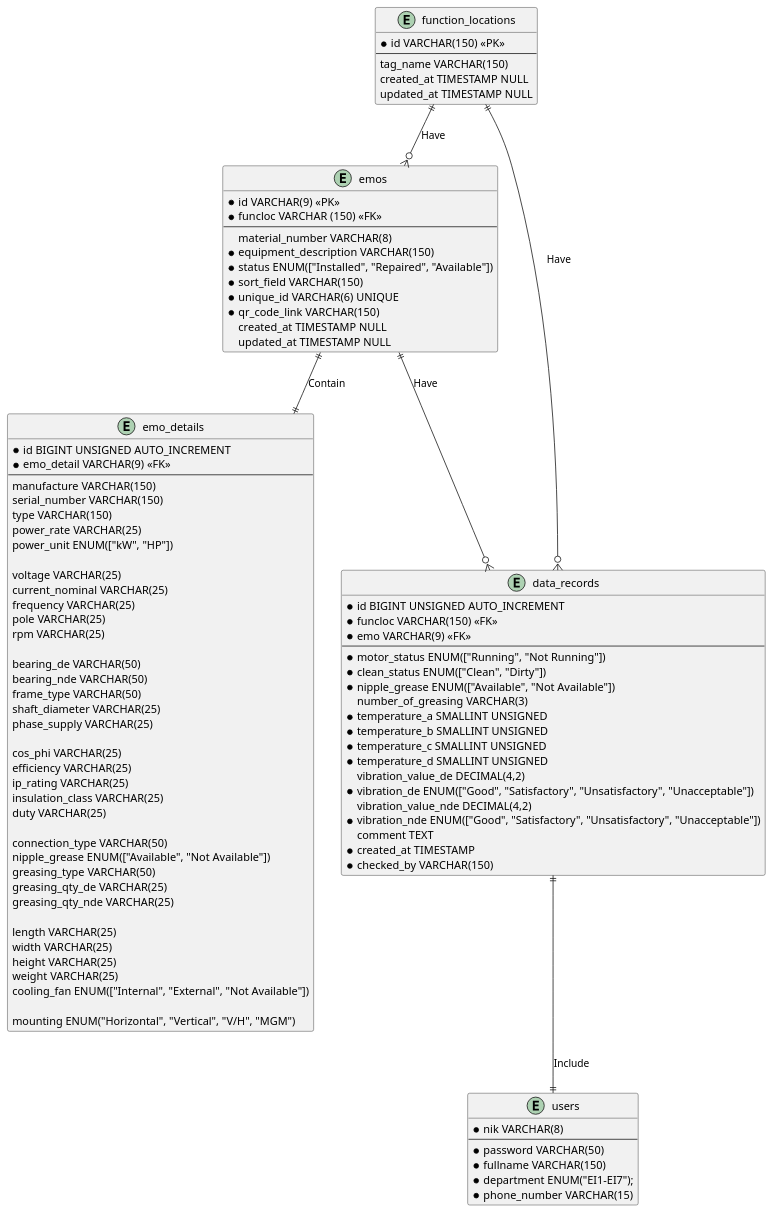
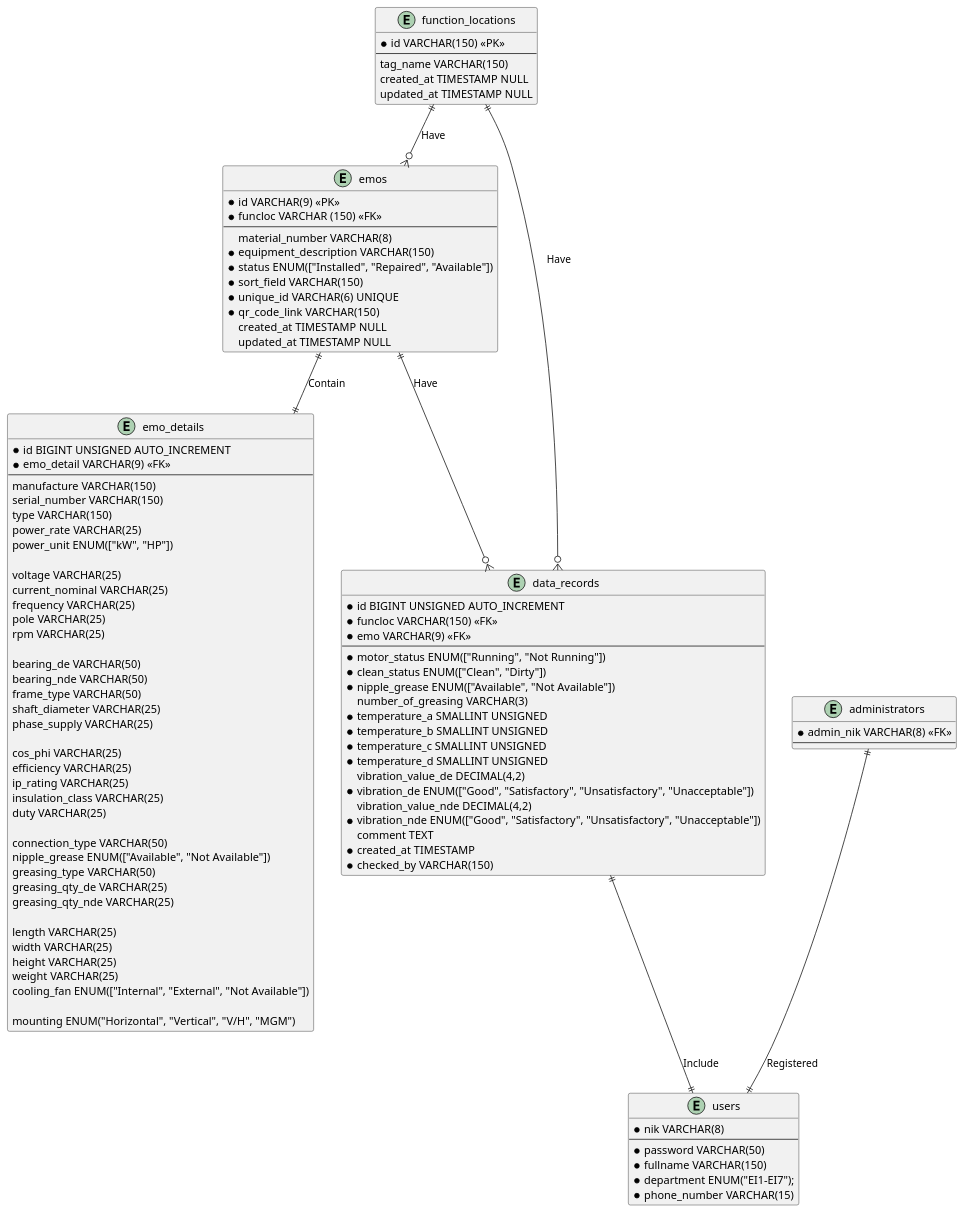
One commit to doniduaasattuu/fajar-e-maintenance changed the diagram in database/fajar_e_maintenance.puml. Above: the diagram before and after it, drawn with PlantUML. The commit also changed 15 other files, not shown here.

```diff
--- a/database/fajar_e_maintenance.puml
+++ b/database/fajar_e_maintenance.puml
@@ -1,108 +1,114 @@
 @startuml fajar_e_maintenance
 
 entity function_locations
 {
     * id VARCHAR(150) <<PK>>
     --
       tag_name VARCHAR(150)
       created_at TIMESTAMP NULL
       updated_at TIMESTAMP NULL
 }
 
 entity emos
 {
     * id VARCHAR(9) <<PK>>
     * funcloc VARCHAR (150) <<FK>>
     --
       material_number VARCHAR(8)
     * equipment_description VARCHAR(150)
     * status ENUM(["Installed", "Repaired", "Available"])
     * sort_field VARCHAR(150)
     * unique_id VARCHAR(6) UNIQUE
     * qr_code_link VARCHAR(150) 
       created_at TIMESTAMP NULL
       updated_at TIMESTAMP NULL
 }
 
 entity emo_details {
     * id BIGINT UNSIGNED AUTO_INCREMENT
     * emo_detail VARCHAR(9) <<FK>>
     --
     manufacture VARCHAR(150)
     serial_number VARCHAR(150)
     type VARCHAR(150)
     power_rate VARCHAR(25)
     power_unit ENUM(["kW", "HP"])
 
     voltage VARCHAR(25)
     current_nominal VARCHAR(25)
     frequency VARCHAR(25)
     pole VARCHAR(25)
     rpm VARCHAR(25)
 
     bearing_de VARCHAR(50)
     bearing_nde VARCHAR(50)
     frame_type VARCHAR(50)
     shaft_diameter VARCHAR(25)
     phase_supply VARCHAR(25)
 
     cos_phi VARCHAR(25)
     efficiency VARCHAR(25)
     ip_rating VARCHAR(25)
     insulation_class VARCHAR(25)
     duty VARCHAR(25)
 
     connection_type VARCHAR(50)
     nipple_grease ENUM(["Available", "Not Available"])
     greasing_type VARCHAR(50)
     greasing_qty_de VARCHAR(25)
     greasing_qty_nde VARCHAR(25)
 
     length VARCHAR(25)
     width VARCHAR(25)
     height VARCHAR(25)
     weight VARCHAR(25)
     cooling_fan ENUM(["Internal", "External", "Not Available"])
 
     mounting ENUM("Horizontal", "Vertical", "V/H", "MGM")
 }
 
 entity data_records {
     * id BIGINT UNSIGNED AUTO_INCREMENT
     * funcloc VARCHAR(150) <<FK>>
     * emo VARCHAR(9) <<FK>>
     --
     * motor_status ENUM(["Running", "Not Running"])
     * clean_status ENUM(["Clean", "Dirty"])
     * nipple_grease ENUM(["Available", "Not Available"])
       number_of_greasing VARCHAR(3)
     * temperature_a SMALLINT UNSIGNED
     * temperature_b SMALLINT UNSIGNED
     * temperature_c SMALLINT UNSIGNED
     * temperature_d SMALLINT UNSIGNED
       vibration_value_de DECIMAL(4,2)
     * vibration_de ENUM(["Good", "Satisfactory", "Unsatisfactory", "Unacceptable"])
       vibration_value_nde DECIMAL(4,2)
     * vibration_nde ENUM(["Good", "Satisfactory", "Unsatisfactory", "Unacceptable"])
       comment TEXT
     * created_at TIMESTAMP
     * checked_by VARCHAR(150)
 }
 
 entity users {
     * nik VARCHAR(8)
     --
     * password VARCHAR(50)
     * fullname VARCHAR(150)
     * department ENUM("EI1-EI7");
     * phone_number VARCHAR(15)
 }
+
+entity administrators {
+    * admin_nik VARCHAR(8) <<FK>>
+    --
+}
  
 function_locations ||--o{ emos : Have
 function_locations ||--o{ data_records : Have
 emos ||--o{ data_records : Have
 emos ||--|| emo_details : Contain
 data_records ||--|| users : Include
+administrators ||--|| users : Registered
 
 
 @enduml
```
